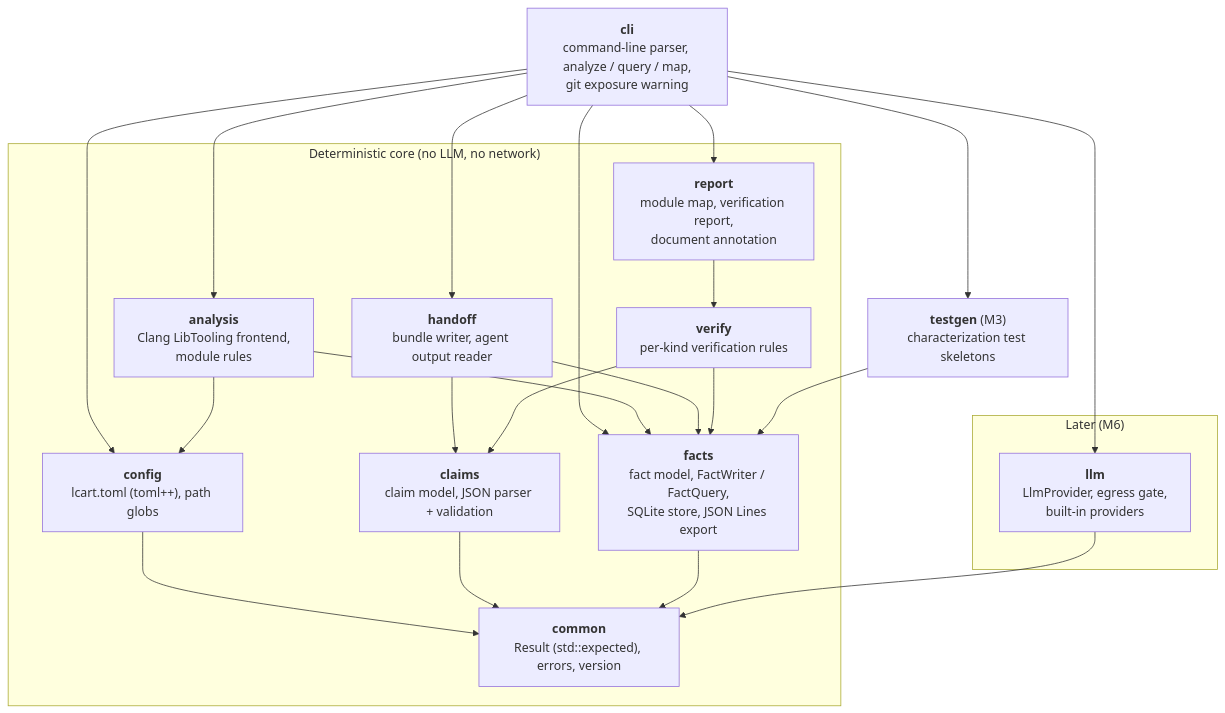
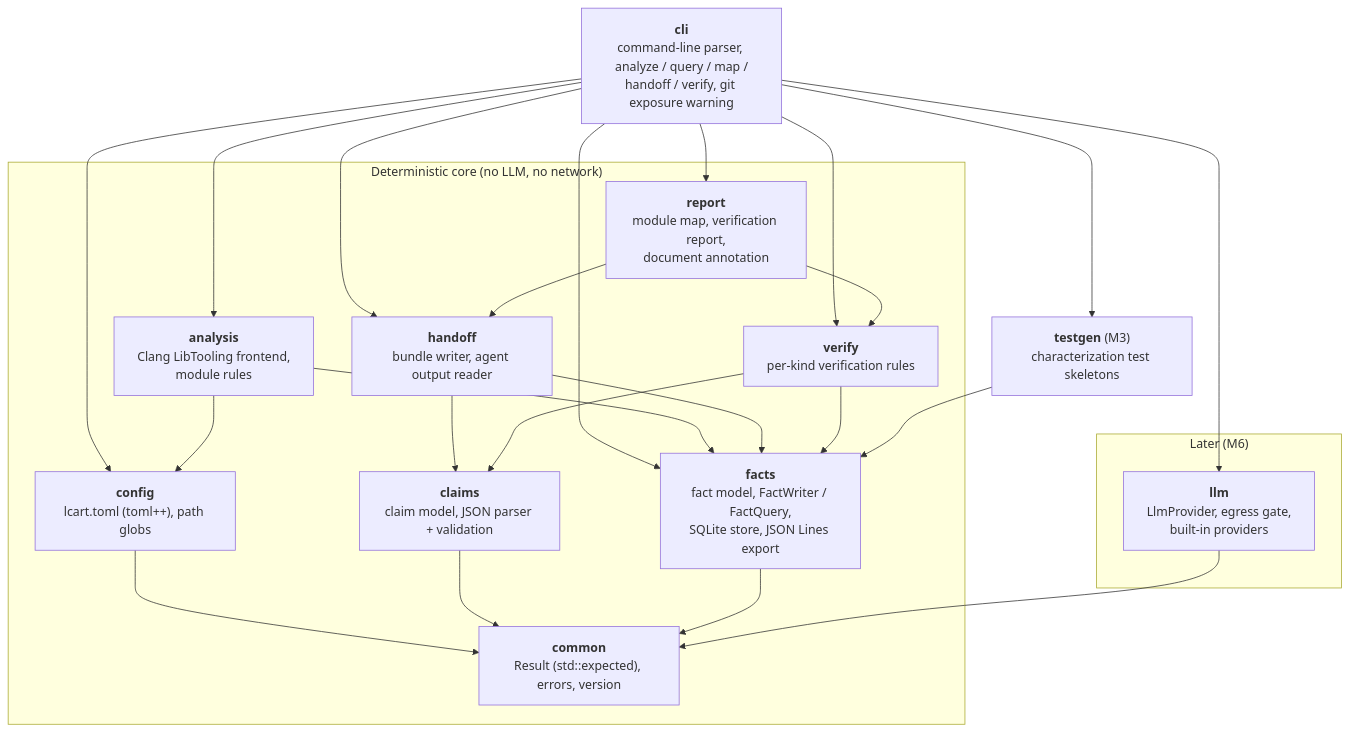
One commit to Tomek52/legacy-cartographer changed the diagram in docs/architecture/c4-component.md. Above: the diagram before and after it, drawn with Mermaid. The commit also changed 28 other files, not shown here.

First line of the commit message:
feat(cli): lcart verify writes a verification report (#39)

````diff
--- a/docs/architecture/c4-component.md
+++ b/docs/architecture/c4-component.md
@@ -6,32 +6,32 @@
 ```mermaid
 flowchart TB
-    cli["<b>cli</b><br/>command-line parser, analyze / query / map,<br/>git exposure warning"]
+    cli["<b>cli</b><br/>command-line parser, analyze / query / map /<br/>handoff / verify, git exposure warning"]
 
     subgraph det["Deterministic core (no LLM, no network)"]
         analysis["<b>analysis</b><br/>Clang LibTooling frontend,<br/>module rules"]
         config["<b>config</b><br/>lcart.toml (toml++), path globs"]
         facts["<b>facts</b><br/>fact model, FactWriter / FactQuery,<br/>SQLite store, JSON Lines export"]
         claims["<b>claims</b><br/>claim model, JSON parser + validation"]
         verify["<b>verify</b><br/>per-kind verification rules"]
         report["<b>report</b><br/>module map, verification report,<br/>document annotation"]
         handoff["<b>handoff</b><br/>bundle writer, agent output reader"]
         common["<b>common</b><br/>Result (std::expected), errors, version"]
     end
 
     subgraph later["Later (M6)"]
         llm["<b>llm</b><br/>LlmProvider, egress gate,<br/>built-in providers"]
     end
 
     testgen["<b>testgen</b> (M3)<br/>characterization test skeletons"]
 
-    cli --> analysis & config & facts & report & handoff & llm & testgen
+    cli --> analysis & config & facts & report & handoff & verify & llm & testgen
     analysis --> facts & config
     config --> common
     handoff --> claims & facts
     verify --> claims & facts
-    report --> verify
+    report --> verify & handoff
     claims --> common
     facts --> common
     llm --> common
     testgen --> facts
 ```
````
